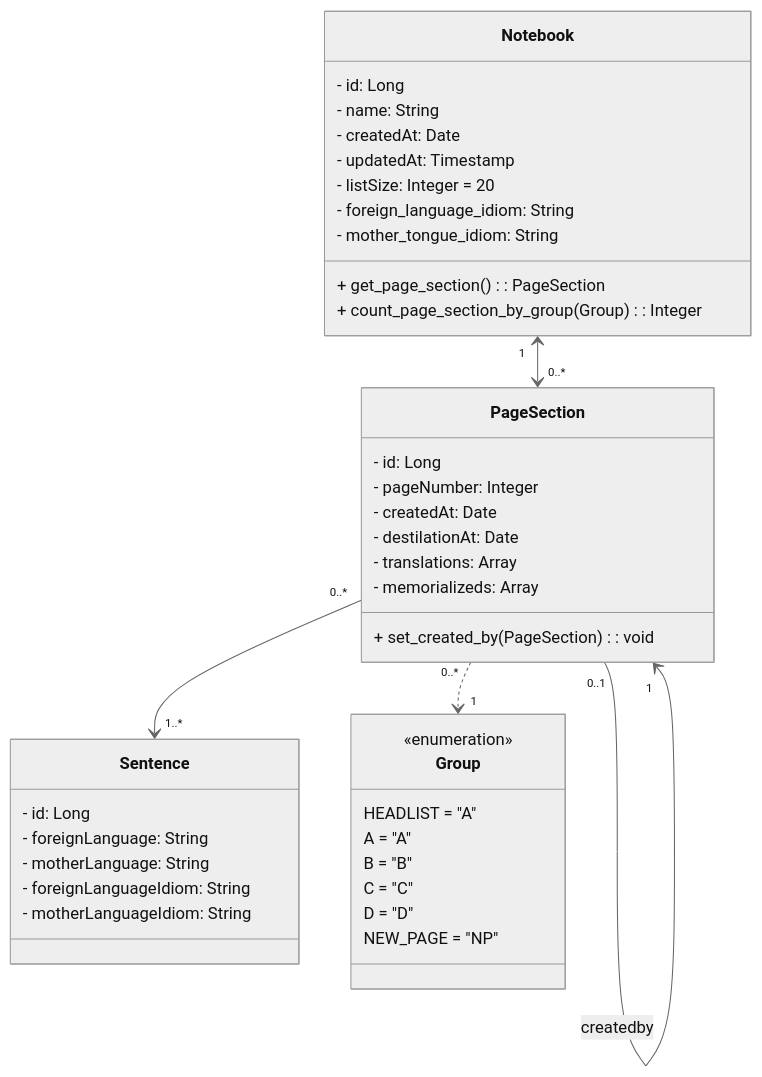
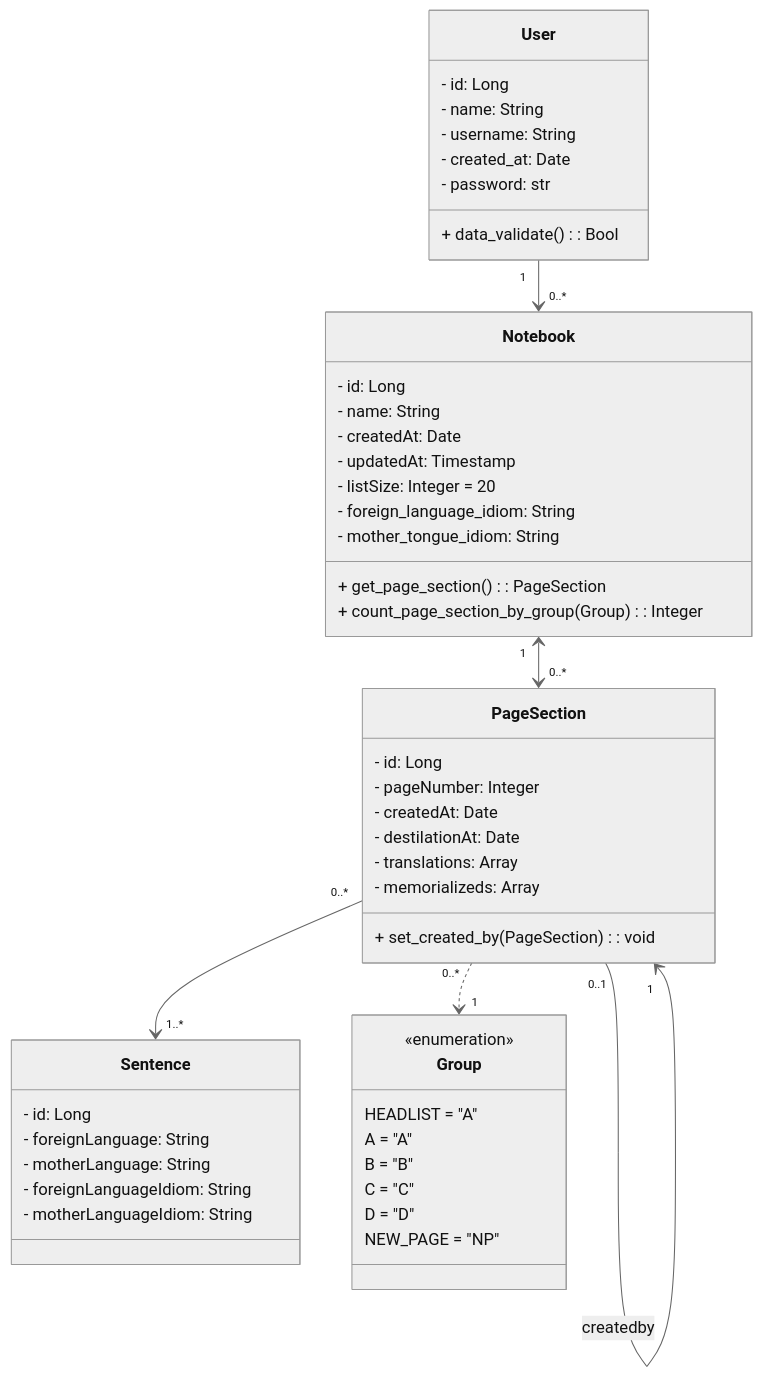
Before and after one commit to microrepar/gold-list-method-newarch: the diagram in .documentation/ClassDiagramGoldList.md, drawn with Mermaid (neutral theme). The commit also changed 15 other files, not shown here.

````diff
--- a/.documentation/ClassDiagramGoldList.md
+++ b/.documentation/ClassDiagramGoldList.md
@@ -1,49 +1,60 @@
 ```mermaid
     classDiagram
+        class User{
+            - id: Long
+            - name: String
+            - username: String
+            - created_at: Date
+            - password: str
+            
+            + data_validate(): Bool
+        }
+
         class Notebook {
             - id: Long
             - name: String
             - createdAt: Date
             - updatedAt: Timestamp
             - listSize: Integer = 20
             - foreign_language_idiom: String
             - mother_tongue_idiom: String
 
             + get_page_section(): PageSection
             + count_page_section_by_group(Group): Integer 
         }        
 
         class PageSection {
             - id: Long
             - pageNumber: Integer
             - createdAt: Date
             - destilationAt: Date
             - translations: Array<String>
             - memorializeds: Array<Boolean>
 
             + set_created_by(PageSection): void
         }
 
         class Sentence {
             - id: Long
             - foreignLanguage: String
             - motherLanguage: String
             - foreignLanguageIdiom: String      
             - motherLanguageIdiom: String   
         }
 
         class Group {
             <<enumeration>>
             HEADLIST = "A"
             A        = "A"
             B        = "B"
             C        = "C"
             D        = "D"
             NEW_PAGE = "NP"
         }
     
+        User "1"            -->     "0..*" Notebook
         Notebook "1"        <-->    "0..*" PageSection
         PageSection "0..1"   -->    "1" PageSection: createdby
         PageSection "0..*"   -->    "1..*" Sentence
         PageSection "0..*"   ..>    "1" Group
 ```
````
